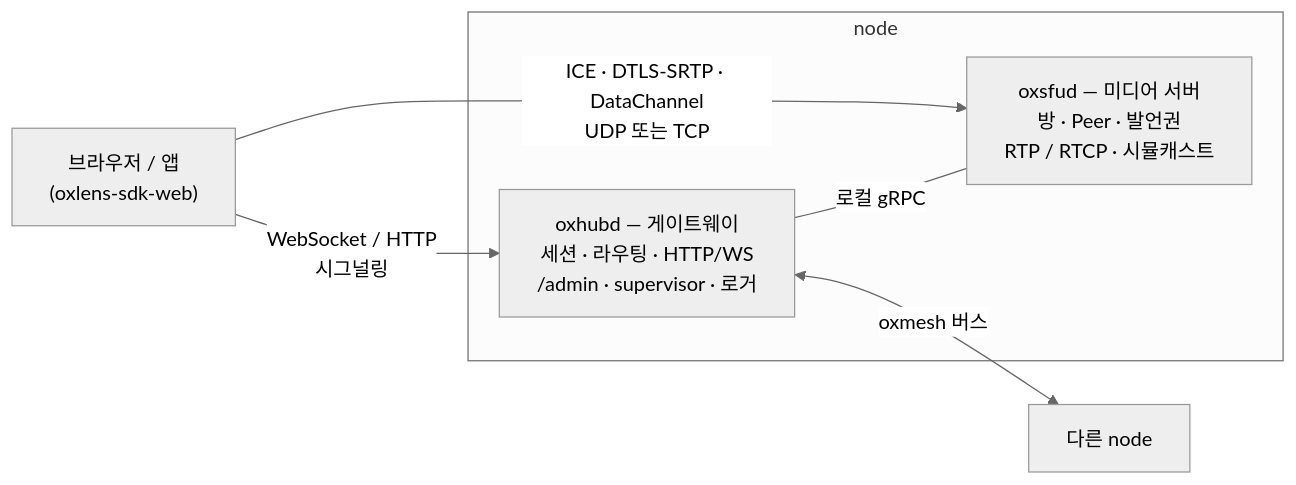
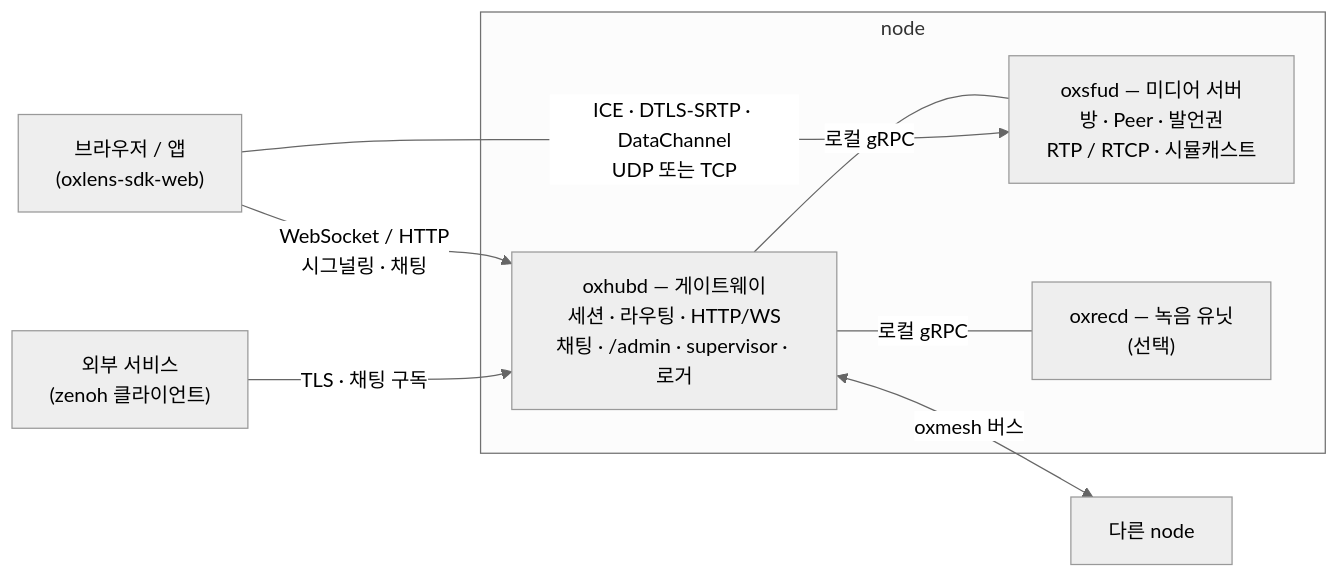
Before and after one commit to kodeholic9/oxlens-sfu: the diagram in README.ko.md, drawn with Mermaid (neutral theme). The commit also changed other lines of this file and 1 other file, not shown here.

````diff
--- a/README.ko.md
+++ b/README.ko.md
@@ -36,13 +40,17 @@
 ```mermaid
 flowchart LR
   C["브라우저 / 앱<br/>(oxlens-sdk-web)"]
   subgraph N1["node"]
-    H["oxhubd — 게이트웨이<br/>세션 · 라우팅 · HTTP/WS<br/>/admin · supervisor · 로거"]
+    H["oxhubd — 게이트웨이<br/>세션 · 라우팅 · HTTP/WS<br/>채팅 · /admin · supervisor · 로거"]
     S["oxsfud — 미디어 서버<br/>방 · Peer · 발언권<br/>RTP / RTCP · 시뮬캐스트"]
+    R["oxrecd — 녹음 유닛<br/>(선택)"]
     H -- "로컬 gRPC" --- S
+    H -- "로컬 gRPC" --- R
   end
   N2["다른 node"]
-  C -- "WebSocket / HTTP<br/>시그널링" --> H
+  X["외부 서비스<br/>(zenoh 클라이언트)"]
+  C -- "WebSocket / HTTP<br/>시그널링 · 채팅" --> H
   C -- "ICE · DTLS-SRTP · DataChannel<br/>UDP 또는 TCP" --> S
   H <-- "oxmesh 버스" --> N2
+  X -- "TLS · 채팅 구독" --> H
 ```
````
